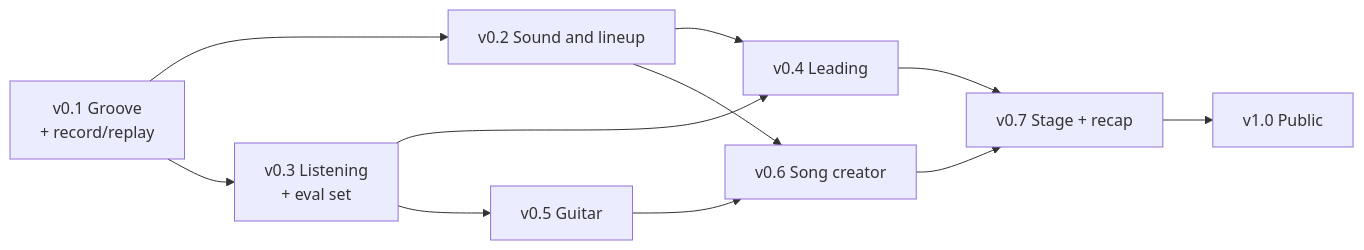
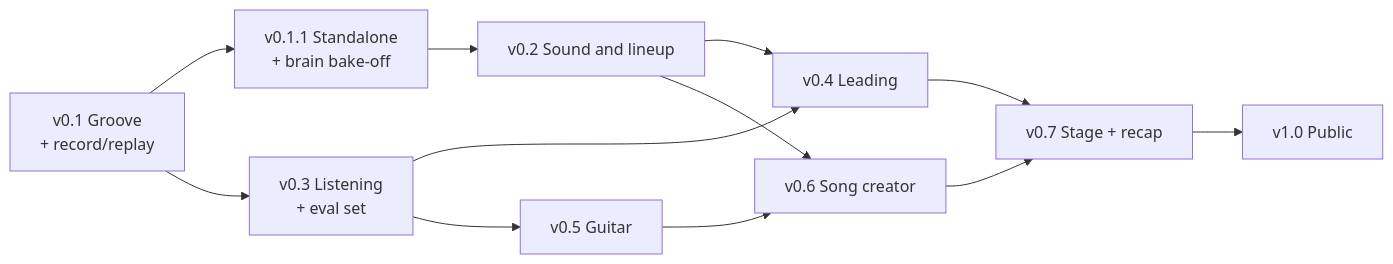
One commit to thi-mb/jamstate changed the diagram in docs/roadmap.md. Above: the diagram before and after it, drawn with Mermaid. The commit also changed other lines of this file and 6 other files, not shown here.

````diff
--- a/docs/roadmap.md
+++ b/docs/roadmap.md
@@ -96,13 +102,14 @@
 ```mermaid
 flowchart LR
-  v01[v0.1 Groove<br/>+ record/replay] --> v02[v0.2 Sound and lineup]
+  v01[v0.1 Groove<br/>+ record/replay] --> v011[v0.1.1 Standalone<br/>+ brain bake-off]
+  v011 --> v02[v0.2 Sound and lineup]
   v01 --> v03[v0.3 Listening<br/>+ eval set]
   v03 --> v04[v0.4 Leading]
   v02 --> v04
   v03 --> v05[v0.5 Guitar]
   v05 --> v06[v0.6 Song creator]
   v02 --> v06
   v04 --> v07[v0.7 Stage + recap]
   v06 --> v07
   v07 --> v10[v1.0 Public]
 ```
````
